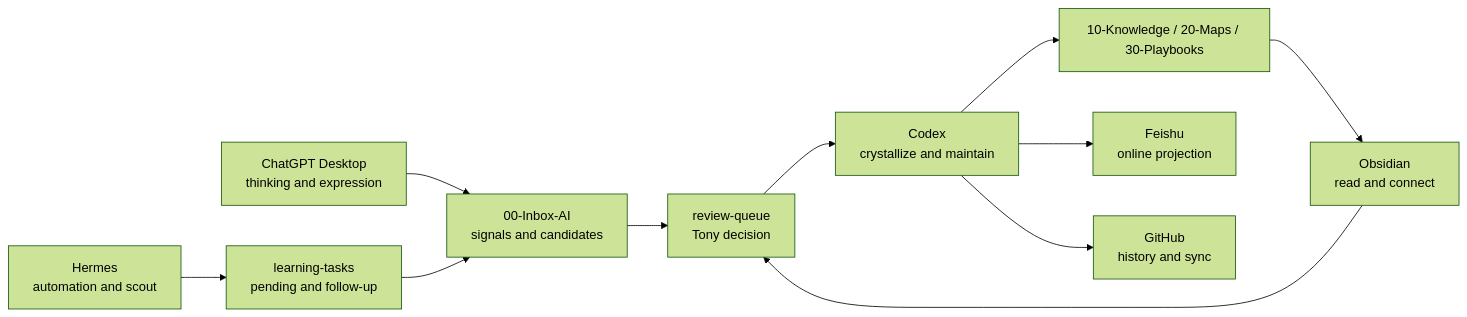
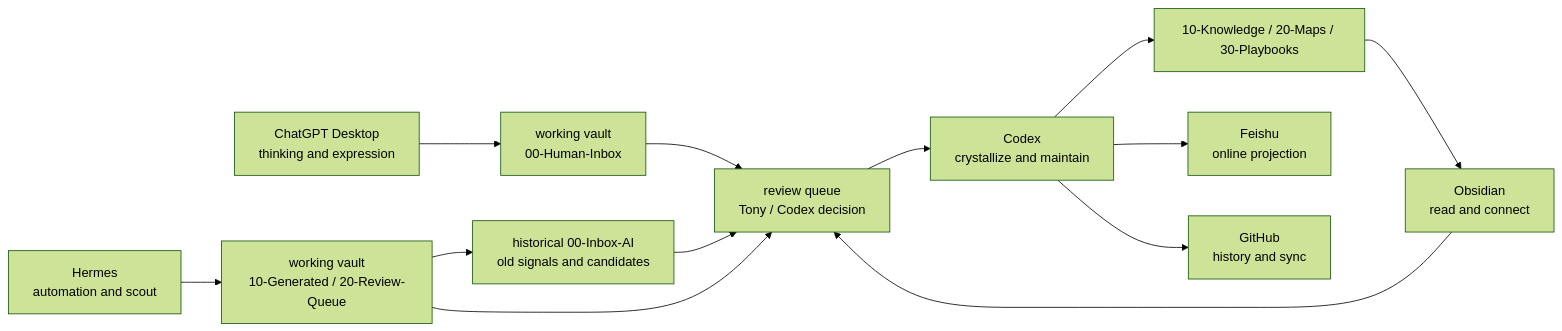
Before and after one commit to superliyang/tony-ai-wiki-2026: the diagram in 20-Maps/跨工具协作地图.md, drawn with Mermaid (forest theme). The commit also changed other lines of this file and 1676 other files, not shown here.

````diff
--- a/20-Maps/跨工具协作地图.md
+++ b/20-Maps/跨工具协作地图.md
@@ -37,13 +39,15 @@
 ```mermaid
 flowchart LR
-    ChatGPT["ChatGPT Desktop<br/>thinking and expression"] --> Inbox["00-Inbox-AI<br/>signals and candidates"]
-    Hermes["Hermes<br/>automation and scout"] --> Tasks["learning-tasks<br/>pending and follow-up"]
+    ChatGPT["ChatGPT Desktop<br/>thinking and expression"] --> HumanInbox["working vault<br/>00-Human-Inbox"]
+    Hermes["Hermes<br/>automation and scout"] --> Tasks["working vault<br/>10-Generated / 20-Review-Queue"]
     Tasks --> Inbox
-    Inbox --> Review["review-queue<br/>Tony decision"]
+    HumanInbox --> Review["review queue<br/>Tony / Codex decision"]
+    Inbox["historical 00-Inbox-AI<br/>old signals and candidates"] --> Review
+    Tasks --> Review
     Review --> Codex["Codex<br/>crystallize and maintain"]
     Codex --> Knowledge["10-Knowledge / 20-Maps / 30-Playbooks"]
     Knowledge --> Obsidian["Obsidian<br/>read and connect"]
     Codex --> Feishu["Feishu<br/>online projection"]
     Codex --> GitHub["GitHub<br/>history and sync"]
     Obsidian --> Review
 ```
````
